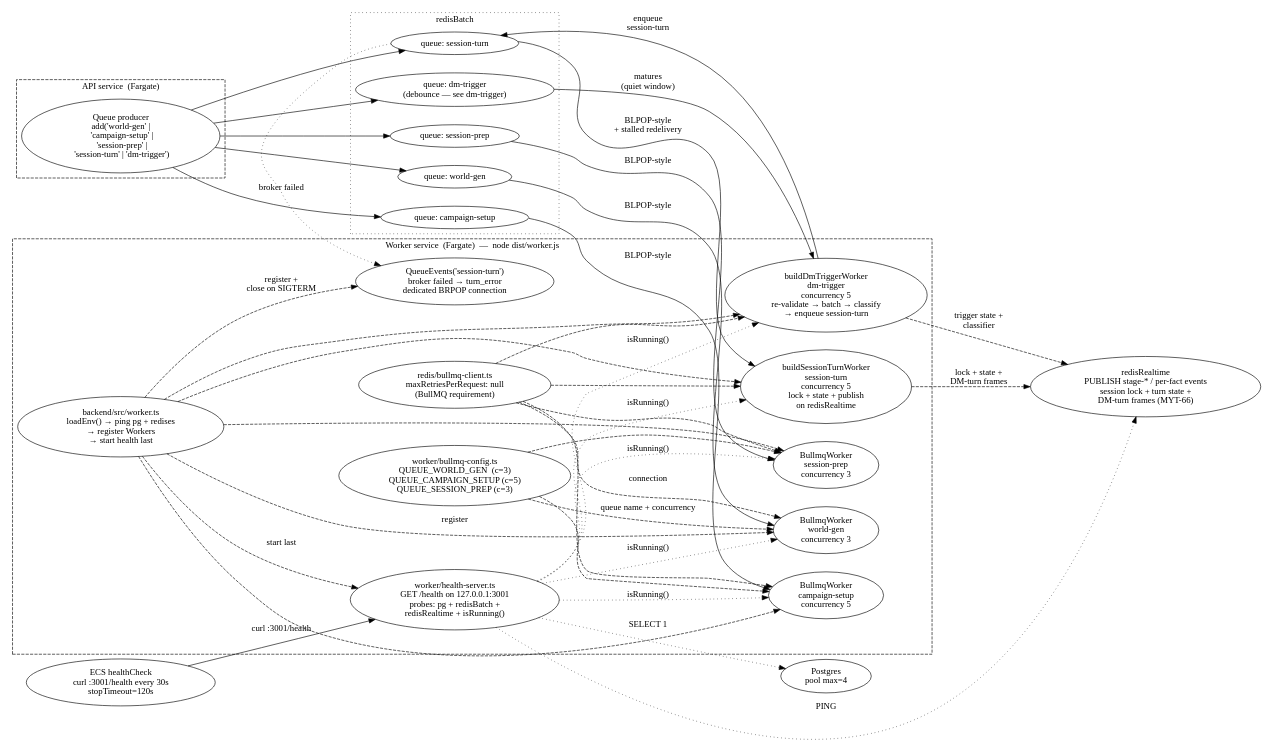
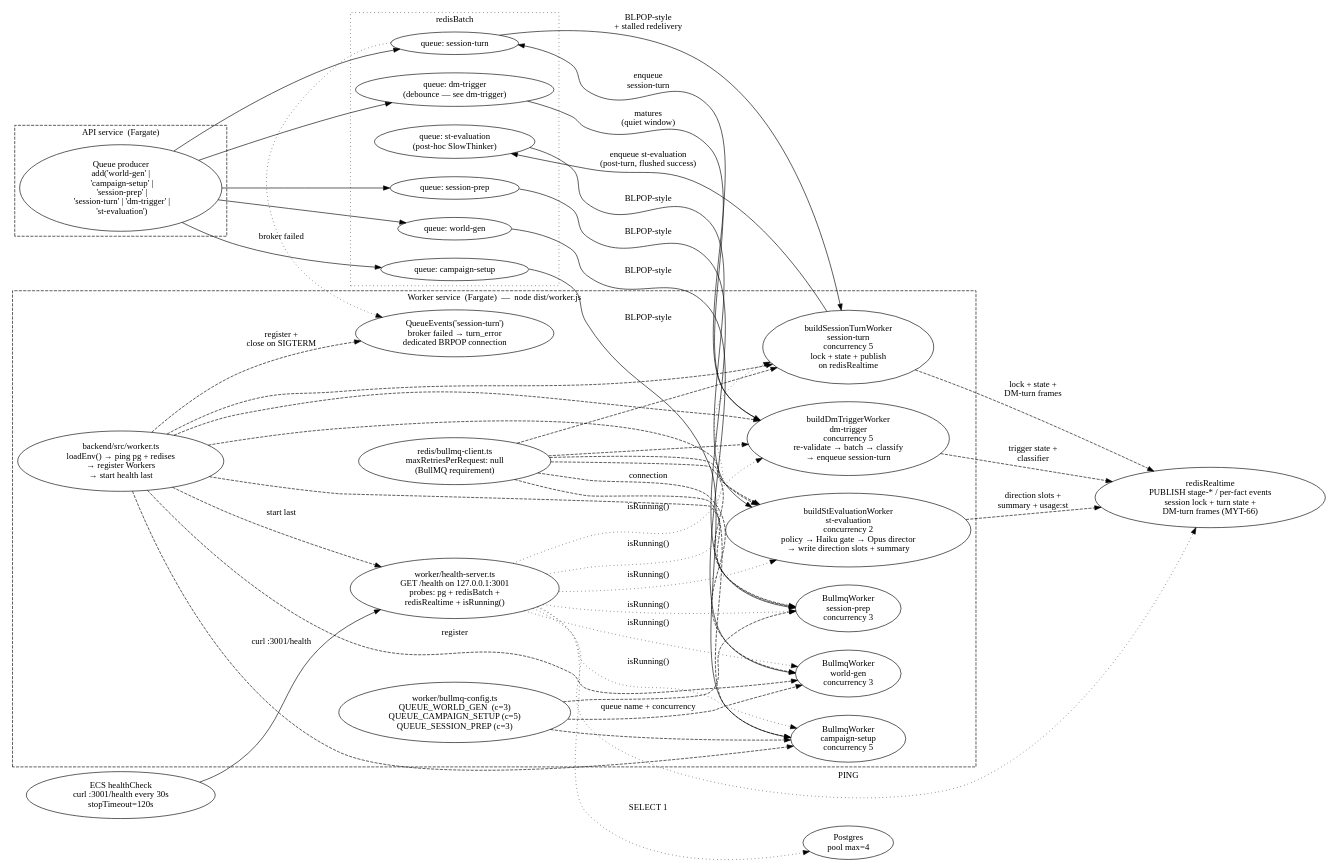
The diagram in docs/wiki/diagrams/runtime/worker.dot (mythrun/mythrun), drawn with Graphviz before and after one commit. The commit also changed 31 other files, not shown here.

```diff
--- a/docs/wiki/diagrams/runtime/worker.dot
+++ b/docs/wiki/diagrams/runtime/worker.dot
@@ -1,104 +1,114 @@
 digraph worker {
   // The worker. A second ECS Fargate service that runs node dist/worker.js
-  // and pulls jobs from five BullMQ queues on redisBatch. Health server on
+  // and pulls jobs from six BullMQ queues on redisBatch. Health server on
   // 127.0.0.1:3001 is what ECS probes. Real prep-stage processors land across
   // MYT-51 onward; session-prep (MYT-61) is the third queue/worker; the
   // session-turn worker (MYT-66) is the fourth — the lock-fenced DM-turn
   // conductor; the dm-trigger worker (MYT-67) is the fifth — the DM-trigger
-  // decision shell. Both also read/write redisRealtime (lock / state / publish /
+  // decision shell; the st-evaluation worker (MYT-69) is the sixth — the
+  // post-hoc SlowThinker, enqueued by the turn worker on its flushed-success
+  // path. All three also read/write redisRealtime (lock / state / direction /
   // trigger coordination). A QueueEvents('session-turn') subscriber publishes the
   // broker-side terminal turn_error on a dedicated blocking connection.
   rankdir=LR;
   compound=true;
   nodesep=0.4;
   ranksep=0.7;
 
   subgraph cluster_api {
     label="API service  (Fargate)";
     style="dashed";
     color="ember";
     fontcolor="ember";
 
-    queue_producer [label="Queue producer\nadd('world-gen' |\n  'campaign-setup' |\n  'session-prep' |\n  'session-turn' | 'dm-trigger')"];
+    queue_producer [label="Queue producer\nadd('world-gen' |\n  'campaign-setup' |\n  'session-prep' |\n  'session-turn' | 'dm-trigger' |\n  'st-evaluation')"];
   }
 
   subgraph cluster_redis {
     label="redisBatch";
     style="dotted";
 
     q_world    [label="queue: world-gen"];
     q_campaign [label="queue: campaign-setup"];
     q_prep     [label="queue: session-prep"];
     q_turn     [label="queue: session-turn", color="ember", fontcolor="ember"];
     q_trig     [label="queue: dm-trigger\n(debounce — see dm-trigger)", color="ember", fontcolor="ember"];
+    q_steval   [label="queue: st-evaluation\n(post-hoc SlowThinker)", color="ember", fontcolor="ember"];
   }
 
   subgraph cluster_worker {
     label="Worker service  (Fargate)  —  node dist/worker.js";
     style="dashed";
     color="ember";
     fontcolor="ember";
 
     entry      [label="backend/src/worker.ts\nloadEnv() → ping pg + redises\n→ register Workers\n→ start health last", color="ember", fontcolor="ember"];
     cfg        [label="worker/bullmq-config.ts\nQUEUE_WORLD_GEN  (c=3)\nQUEUE_CAMPAIGN_SETUP (c=5)\nQUEUE_SESSION_PREP (c=3)"];
     w_world    [label="BullmqWorker\nworld-gen\nconcurrency 3"];
     w_camp     [label="BullmqWorker\ncampaign-setup\nconcurrency 5"];
     w_prep     [label="BullmqWorker\nsession-prep\nconcurrency 3", color="ember", fontcolor="ember"];
     w_turn     [label="buildSessionTurnWorker\nsession-turn\nconcurrency 5\nlock + state + publish\non redisRealtime", color="ember", fontcolor="ember"];
     w_trig     [label="buildDmTriggerWorker\ndm-trigger\nconcurrency 5\nre-validate → batch → classify\n→ enqueue session-turn", color="ember", fontcolor="ember"];
+    w_steval   [label="buildStEvaluationWorker\nst-evaluation\nconcurrency 2\npolicy → Haiku gate → Opus director\n→ write direction slots + summary", color="ember", fontcolor="ember"];
     qevents    [label="QueueEvents('session-turn')\nbroker failed → turn_error\ndedicated BRPOP connection", color="ember", fontcolor="ember"];
     health     [label="worker/health-server.ts\nGET /health on 127.0.0.1:3001\nprobes: pg + redisBatch +\nredisRealtime + isRunning()"];
     bullmq_redis [label="redis/bullmq-client.ts\nmaxRetriesPerRequest: null\n(BullMQ requirement)"];
   }
 
   ecs   [label="ECS healthCheck\ncurl :3001/health every 30s\nstopTimeout=120s"];
   pg    [label="Postgres\npool max=4"];
   realtime [label="redisRealtime\nPUBLISH stage-* / per-fact events\nsession lock + turn state +\nDM-turn frames (MYT-66)"];
 
   // API enqueues
   queue_producer -> q_world;
   queue_producer -> q_campaign;
   queue_producer -> q_prep;
   queue_producer -> q_turn;
   queue_producer -> q_trig;
 
   // Worker consumes
   q_world    -> w_world  [label="BLPOP-style"];
   q_campaign -> w_camp   [label="BLPOP-style"];
   q_prep     -> w_prep   [label="BLPOP-style"];
   q_turn     -> w_turn   [label="BLPOP-style\n+ stalled redelivery", color="ember"];
   q_trig     -> w_trig   [label="matures\n(quiet window)", color="ember"];
+  q_steval   -> w_steval [label="BLPOP-style", color="ember"];
   w_trig     -> q_turn   [label="enqueue\nsession-turn", color="ember"];
+  w_turn     -> q_steval [label="enqueue st-evaluation\n(post-turn, flushed success)", color="ember"];
   q_turn     -> qevents  [label="broker failed", style=dotted, color="ember"];
 
   // Worker shape
   cfg     -> w_world  [style=dashed, label="queue name + concurrency"];
   cfg     -> w_camp   [style=dashed];
   cfg     -> w_prep   [style=dashed];
   entry   -> w_world  [style=dashed, label="register"];
   entry   -> w_camp   [style=dashed];
   entry   -> w_prep   [style=dashed];
   entry   -> w_turn   [style=dashed];
   entry   -> w_trig   [style=dashed];
+  entry   -> w_steval [style=dashed];
   entry   -> qevents  [style=dashed, label="register +\nclose on SIGTERM"];
   bullmq_redis -> w_world [style=dashed, label="connection"];
   bullmq_redis -> w_camp  [style=dashed];
   bullmq_redis -> w_prep  [style=dashed];
   bullmq_redis -> w_turn  [style=dashed];
   bullmq_redis -> w_trig  [style=dashed];
+  bullmq_redis -> w_steval [style=dashed];
 
-  // Turn + trigger workers also drive redisRealtime (lock / state / publish / coordination)
+  // Turn + trigger + st-eval workers also drive redisRealtime (lock / state / direction / coordination)
   w_turn -> realtime [style=dashed, label="lock + state +\nDM-turn frames", color="ember"];
   w_trig -> realtime [style=dashed, label="trigger state +\nclassifier", color="ember"];
+  w_steval -> realtime [style=dashed, label="direction slots +\nsummary + usage:st", color="ember"];
 
   // Health + ECS probe
   entry  -> health [style=dashed, label="start last"];
   ecs    -> health [label="curl :3001/health"];
   health -> pg          [label="SELECT 1", style=dotted];
   health -> w_world     [label="isRunning()", style=dotted];
   health -> w_camp      [label="isRunning()", style=dotted];
   health -> w_prep      [label="isRunning()", style=dotted];
   health -> w_turn      [label="isRunning()", style=dotted];
   health -> w_trig      [label="isRunning()", style=dotted];
+  health -> w_steval    [label="isRunning()", style=dotted];
   health -> realtime    [label="PING", style=dotted];
 }
```
